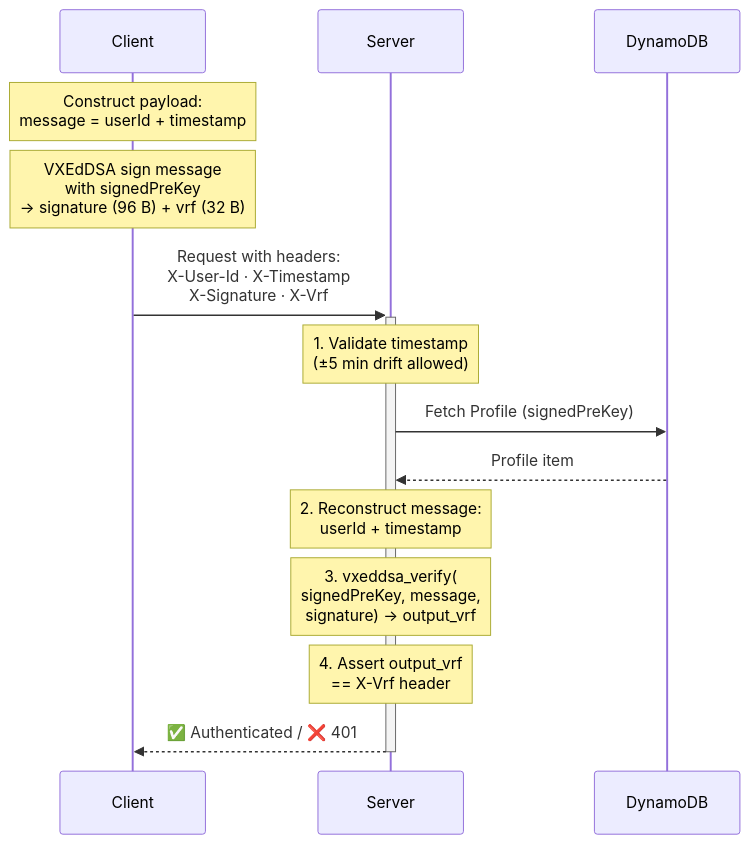
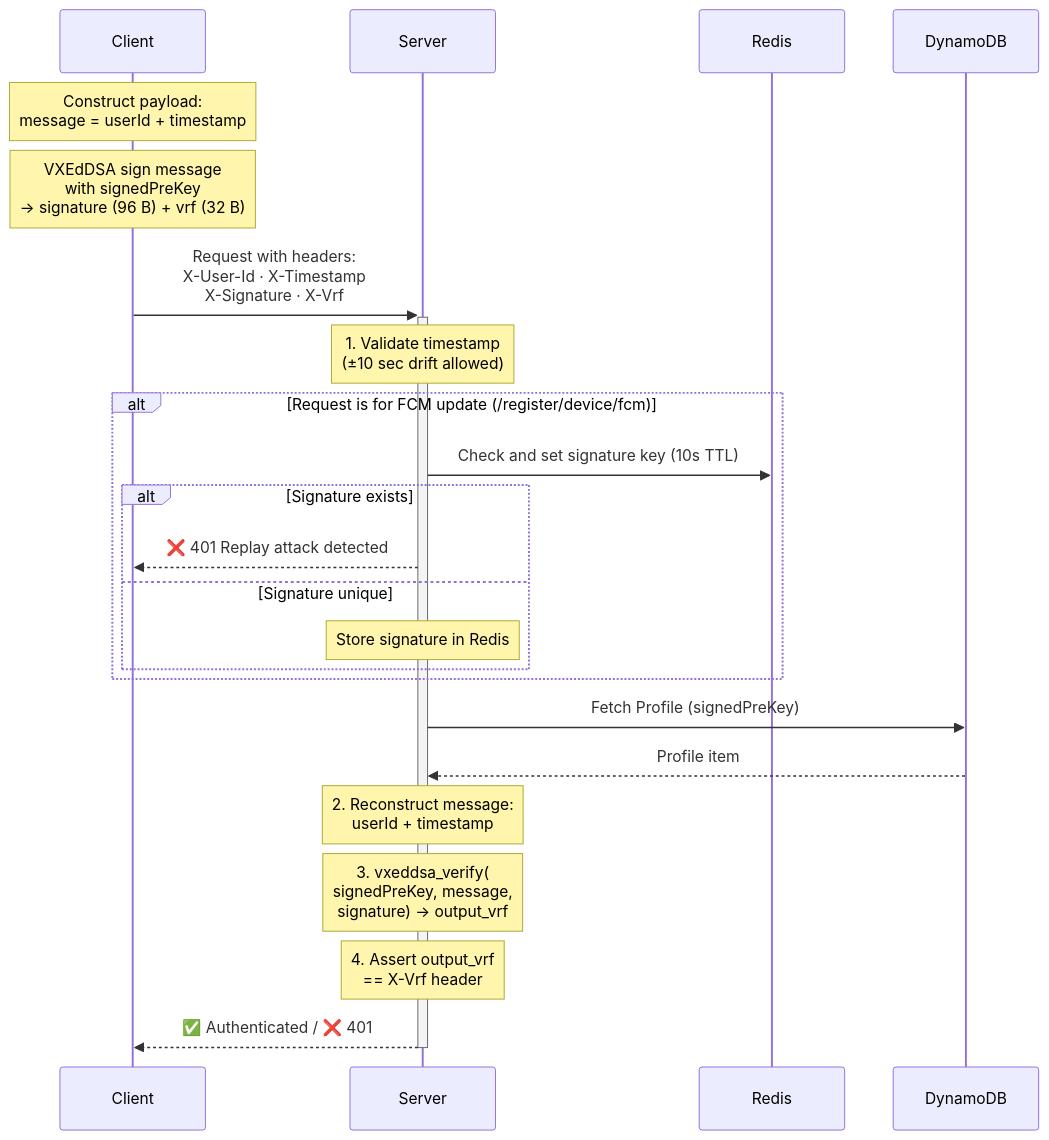
The fourth of 7 diagrams in docs/cryptographic_flows.md (debarkamondal/khamoshchat-api), drawn with Mermaid before and after one commit. The commit also changed other lines of this file and 5 other files, not shown here.

Commit message:
feat: add retry logic for OPK consumption, tighten timestamp drift to 10s, and implement Redis-based replay protection for FCM updates.

````diff
--- a/docs/cryptographic_flows.md
+++ b/docs/cryptographic_flows.md
@@ -132,25 +132,35 @@
 ```mermaid
 sequenceDiagram
     participant C as Client
     participant S as Server
+    participant R as Redis
     participant D as DynamoDB
 
     Note over C: Construct payload:<br/>message = userId + timestamp
 
     Note over C: VXEdDSA sign message<br/>with signedPreKey<br/>→ signature (96 B) + vrf (32 B)
 
     C->>+S: Request with headers:<br/>X-User-Id · X-Timestamp<br/>X-Signature · X-Vrf
 
-    Note over S: 1. Validate timestamp<br/>(±5 min drift allowed)
+    Note over S: 1. Validate timestamp<br/>(±10 sec drift allowed)
+
+    alt Request is for FCM update (/register/device/fcm)
+        S->>R: Check and set signature key (10s TTL)
+        alt Signature exists
+            S-->>C: ❌ 401 Replay attack detected
+        else Signature unique
+            Note over S: Store signature in Redis
+        end
+    end
 
     S->>D: Fetch Profile (signedPreKey)
     D-->>S: Profile item
 
     Note over S: 2. Reconstruct message:<br/>userId + timestamp
 
     Note over S: 3. vxeddsa_verify(<br/>signedPreKey, message,<br/>signature) → output_vrf
 
     Note over S: 4. Assert output_vrf<br/>== X-Vrf header
 
     S-->>-C: ✅ Authenticated / ❌ 401
 ```
````
